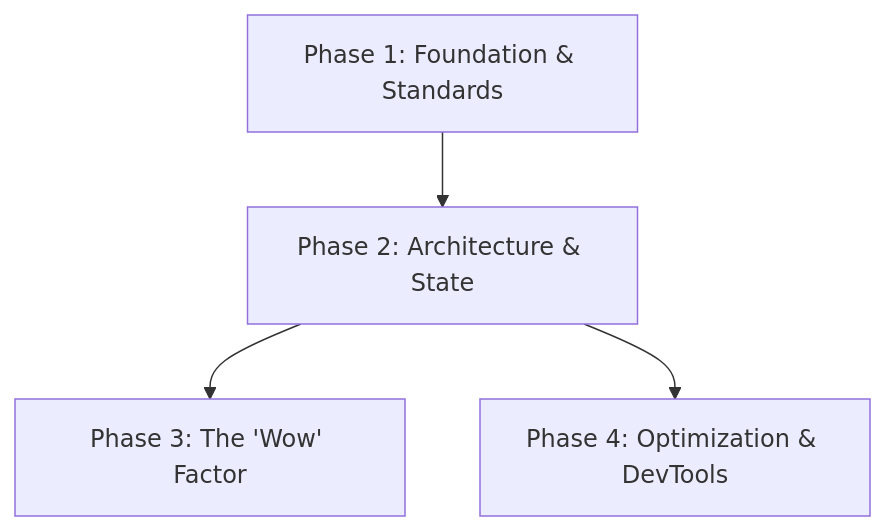
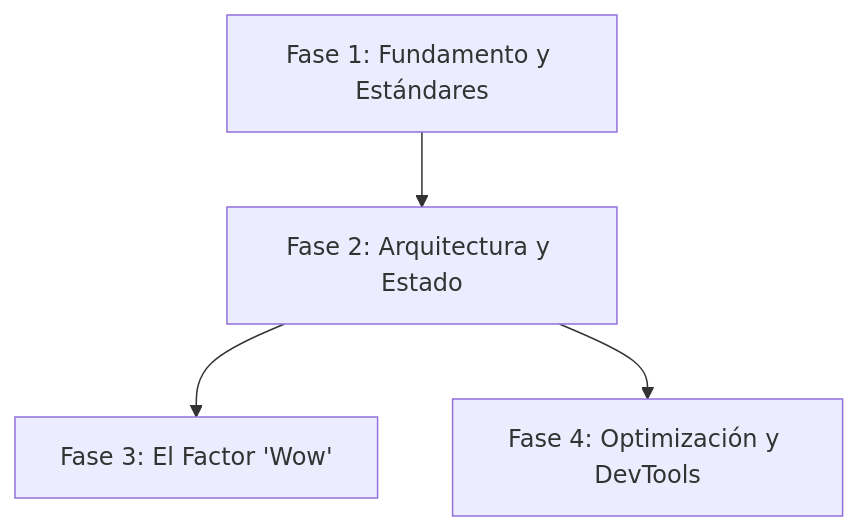
One commit to gonzoblasco/ai-developer-stack changed the diagram in frontend-ui/README.md. Above: the diagram before and after it, drawn with Mermaid. The commit also changed other lines of this file and 15 other files, not shown here.

````diff
--- a/frontend-ui/README.md
+++ b/frontend-ui/README.md
@@ -13,6 +13,6 @@
 ```mermaid
 graph TD
-    A[Phase 1: Foundation & Standards] --> B[Phase 2: Architecture & State]
-    B --> C[Phase 3: The 'Wow' Factor]
-    B --> D[Phase 4: Optimization & DevTools]
+    A[Fase 1: Fundamento y Estándares] --> B[Fase 2: Arquitectura y Estado]
+    B --> C[Fase 3: El Factor 'Wow']
+    B --> D[Fase 4: Optimización y DevTools]
 ```
````
